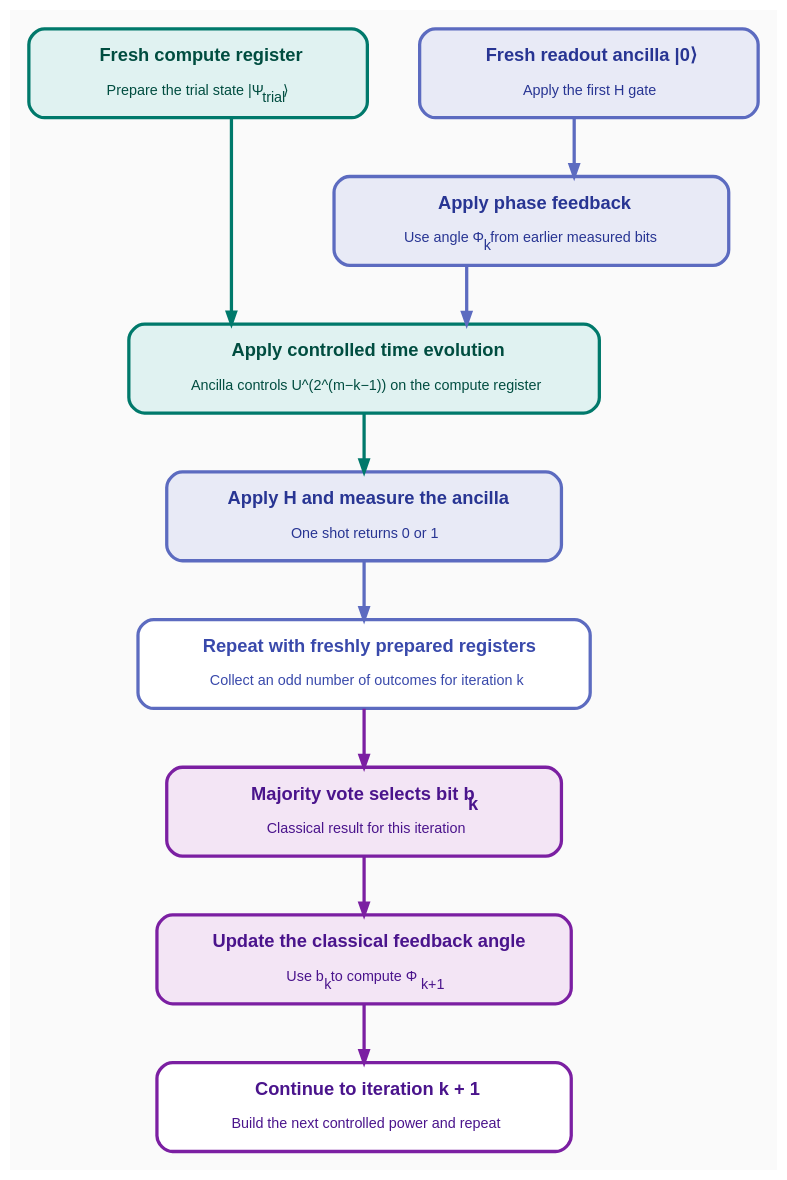
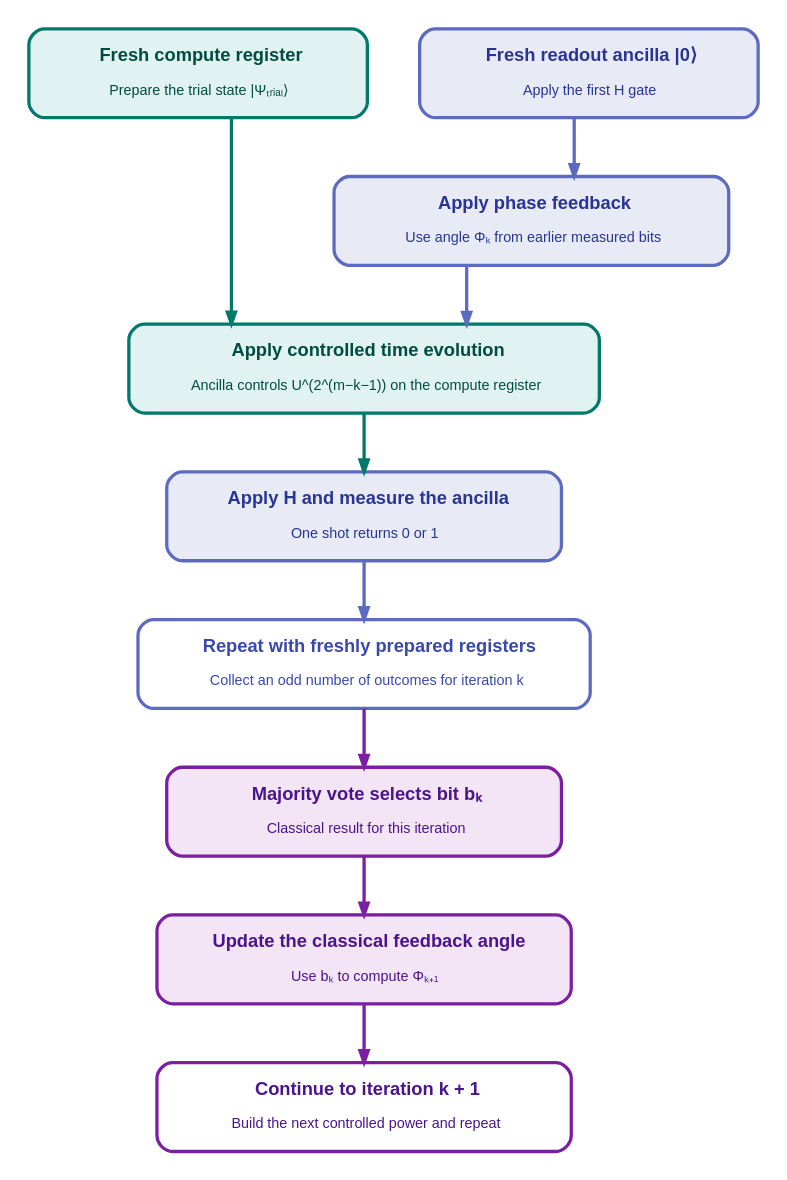
The diagram in docs/source/_static/diagrams/tutorial_qpe_iqpe_iteration.dot (eimrek/qdk-chemistry), drawn with Graphviz before and after one commit. The commit also changed 35 other files, not shown here.

```diff
--- a/docs/source/_static/diagrams/tutorial_qpe_iqpe_iteration.dot
+++ b/docs/source/_static/diagrams/tutorial_qpe_iqpe_iteration.dot
@@ -1,44 +1,44 @@
 digraph TutorialQpeIqpeIteration {
     rankdir=TB;
     ranksep=0.62;
     nodesep=0.55;
     newrank=true;
     overlap=false;
     splines=ortho;
     pad=0.2;
-    bgcolor="#FAFAFA";
+    bgcolor="#FFFFFF";
 
     node [shape=box, style="rounded,filled", fontname="Arial", width=3.6, height=0.95, margin="0.22,0.18"];
     edge [penwidth=2.5, arrowsize=0.9, fontname="Arial"];
 
     subgraph inputs {
         rank=same;
 
-        Compute [label=<<B>Fresh compute register</B><BR/><BR/><FONT POINT-SIZE="11">Prepare the trial state |Ψ<SUB>trial</SUB>⟩</FONT>>, fillcolor="#E0F2F1", color="#00796B", penwidth=2.5, fontcolor="#004D40", group=left];
+        Compute [label=<<B>Fresh compute register</B><BR/><BR/><FONT POINT-SIZE="11">Prepare the trial state |Ψₜᵣᵢₐₗ⟩</FONT>>, fillcolor="#E0F2F1", color="#00796B", penwidth=2.5, fontcolor="#004D40", group=left];
 
         Ancilla [label=<<B>Fresh readout ancilla |0⟩</B><BR/><BR/><FONT POINT-SIZE="11">Apply the first H gate</FONT>>, fillcolor="#E8EAF6", color="#5C6BC0", penwidth=2.5, fontcolor="#283593", group=right];
     }
 
-    Feedback [label=<<B>Apply phase feedback</B><BR/><BR/><FONT POINT-SIZE="11">Use angle Φ<SUB>k</SUB> from earlier measured bits</FONT>>, fillcolor="#E8EAF6", color="#5C6BC0", penwidth=2.5, fontcolor="#283593", width=4.2];
+    Feedback [label=<<B>Apply phase feedback</B><BR/><BR/><FONT POINT-SIZE="11">Use angle Φₖ from earlier measured bits</FONT>>, fillcolor="#E8EAF6", color="#5C6BC0", penwidth=2.5, fontcolor="#283593", width=4.2];
 
     Evolution [label=<<B>Apply controlled time evolution</B><BR/><BR/><FONT POINT-SIZE="11">Ancilla controls U^(2^(m−k−1)) on the compute register</FONT>>, fillcolor="#E0F2F1", color="#00796B", penwidth=2.5, fontcolor="#004D40", width=5.0];
 
     Measure [label=<<B>Apply H and measure the ancilla</B><BR/><BR/><FONT POINT-SIZE="11">One shot returns 0 or 1</FONT>>, fillcolor="#E8EAF6", color="#5C6BC0", penwidth=2.5, fontcolor="#283593", width=4.2];
 
     Shots [label=<<B>Repeat with freshly prepared registers</B><BR/><BR/><FONT POINT-SIZE="11">Collect an odd number of outcomes for iteration k</FONT>>, fillcolor="#FFFFFF", color="#5C6BC0", penwidth=2.5, fontcolor="#3949AB", width=4.8];
 
-    Majority [label=<<B>Majority vote selects bit b<SUB>k</SUB></B><BR/><BR/><FONT POINT-SIZE="11">Classical result for this iteration</FONT>>, fillcolor="#F3E5F5", color="#7B1FA2", penwidth=2.5, fontcolor="#4A148C", width=4.2];
+    Majority [label=<<B>Majority vote selects bit bₖ</B><BR/><BR/><FONT POINT-SIZE="11">Classical result for this iteration</FONT>>, fillcolor="#F3E5F5", color="#7B1FA2", penwidth=2.5, fontcolor="#4A148C", width=4.2];
 
-    Update [label=<<B>Update the classical feedback angle</B><BR/><BR/><FONT POINT-SIZE="11">Use b<SUB>k</SUB> to compute Φ<SUB>k+1</SUB></FONT>>, fillcolor="#F3E5F5", color="#7B1FA2", penwidth=2.5, fontcolor="#4A148C", width=4.4];
+    Update [label=<<B>Update the classical feedback angle</B><BR/><BR/><FONT POINT-SIZE="11">Use bₖ to compute Φₖ₊₁</FONT>>, fillcolor="#F3E5F5", color="#7B1FA2", penwidth=2.5, fontcolor="#4A148C", width=4.4];
 
     Next [label=<<B>Continue to iteration k + 1</B><BR/><BR/><FONT POINT-SIZE="11">Build the next controlled power and repeat</FONT>>, fillcolor="#FFFFFF", color="#7B1FA2", penwidth=2.5, fontcolor="#4A148C", width=4.4];
 
     Ancilla -> Feedback [color="#5C6BC0"];
     Compute -> Evolution [color="#00796B"];
     Feedback -> Evolution [color="#5C6BC0"];
     Evolution -> Measure [color="#00796B"];
     Measure -> Shots [color="#5C6BC0"];
     Shots -> Majority [color="#7B1FA2"];
     Majority -> Update [color="#7B1FA2"];
     Update -> Next [color="#7B1FA2"];
 }
```
